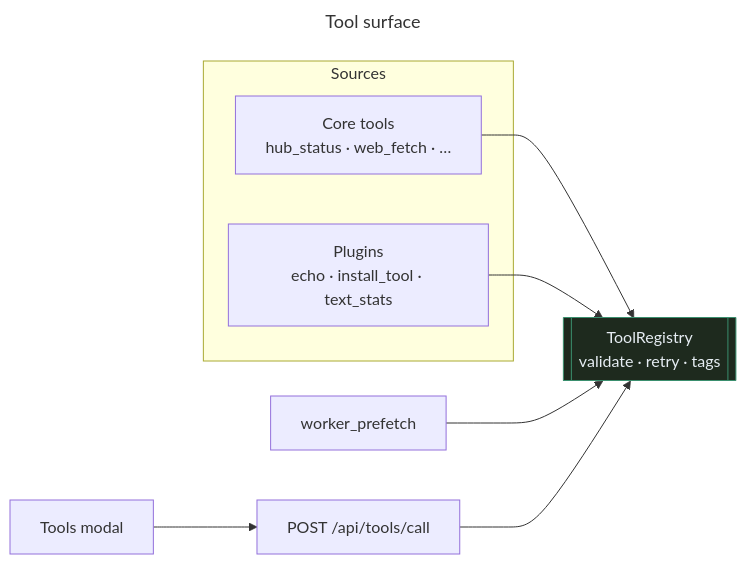
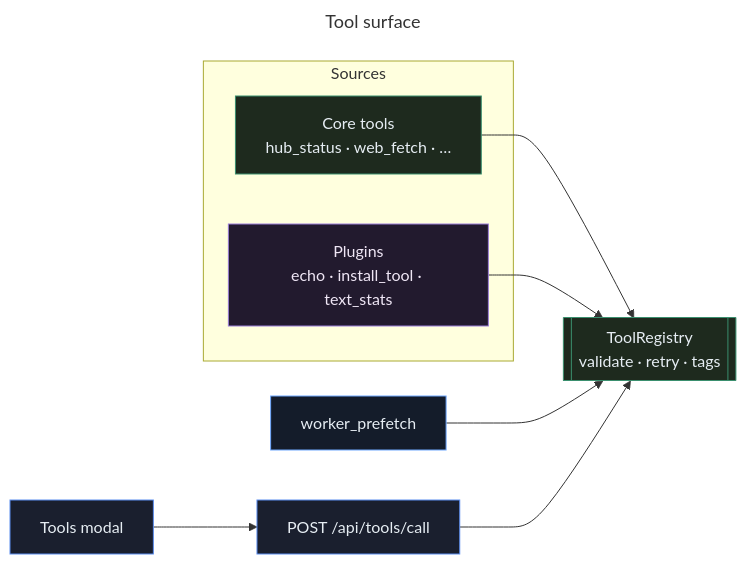
One commit to landjunge/gnom-hub-v1 changed the seventh of 7 diagrams in docs/ARCHITECTURE.md. Above: the diagram before and after it, drawn with Mermaid. The commit also changed other lines of this file and 3 other files, not shown here.

First line of the commit message:
docs: deepen Mermaid styling classes (shared palette)

````diff
--- a/docs/ARCHITECTURE.md
+++ b/docs/ARCHITECTURE.md
@@ -259,24 +267,26 @@
 ```mermaid
 ---
 title: Tool surface
 ---
 flowchart LR
   subgraph Sources
-    Core["Core tools<br/>hub_status · web_fetch · …"]
-    Plug["Plugins<br/>echo · install_tool · text_stats"]
+    Core["Core tools<br/>hub_status · web_fetch · …"]:::core
+    Plug["Plugins<br/>echo · install_tool · text_stats"]:::plugin
   end
 
-  Reg[["ToolRegistry<br/>validate · retry · tags"]]
-  Pref["worker_prefetch"]
-  API["POST /api/tools/call"]
-  UI["Tools modal"]
+  Reg[["ToolRegistry<br/>validate · retry · tags"]]:::core
+  Pref["worker_prefetch"]:::work
+  API["POST /api/tools/call"]:::ui
+  UI["Tools modal"]:::ui
 
   Core --> Reg
   Plug --> Reg
   Pref --> Reg
   API --> Reg
   UI --> API
 
-  classDef reg fill:#1e2a1e,stroke:#3a8f6e,color:#e6edf3
-  class Reg reg
+  classDef ui fill:#1a1f2e,stroke:#5b8def,color:#e6edf3,stroke-width:1px
+  classDef core fill:#1e2a1e,stroke:#3a8f6e,color:#e6edf3,stroke-width:1px
+  classDef work fill:#141c2a,stroke:#6ea8fe,color:#e6edf3,stroke-width:1px
+  classDef plugin fill:#221a2e,stroke:#9b7ed9,color:#efe6f5,stroke-width:1px
 ```
````
